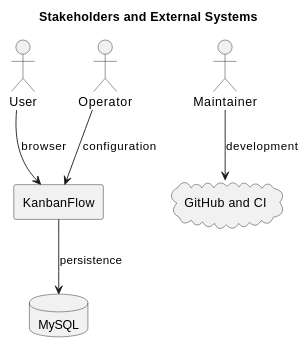
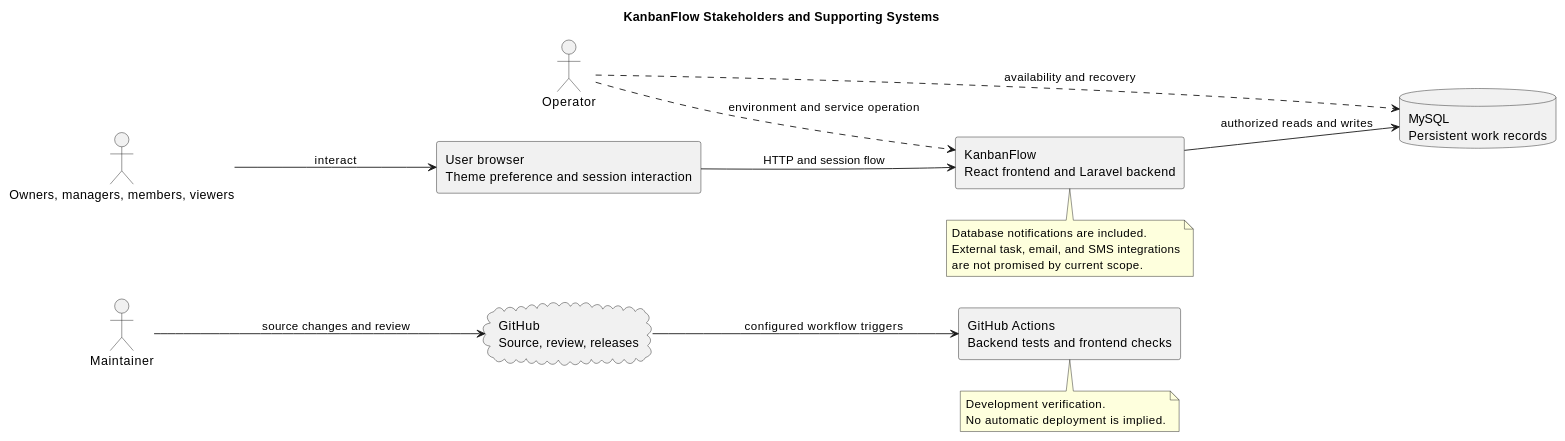
The diagram in docs/Project-Definition/stakeholders-and-external-systems.md (Farhad-Valizadegan/Web-KanbanFlow), drawn with PlantUML before and after one commit. The commit also changed other lines of this file and 2 other files, not shown here.

Commit message:
docs: complete stakeholder and external system definitions

````diff
--- a/docs/Project-Definition/stakeholders-and-external-systems.md
+++ b/docs/Project-Definition/stakeholders-and-external-systems.md
@@ -25,15 +103,30 @@
 ```plantuml
 @startuml
-title Stakeholders and External Systems
-actor User
+title KanbanFlow Stakeholders and Supporting Systems
+left to right direction
+actor "Owners, managers, members, viewers" as Users
 actor Maintainer
 actor Operator
-rectangle KanbanFlow as App
-database MySQL as DB
-cloud "GitHub and CI" as Git
-User --> App : browser
-App --> DB : persistence
-Maintainer --> Git : development
-Operator --> App : configuration
+rectangle "User browser\nTheme preference and session interaction" as Browser
+rectangle "KanbanFlow\nReact frontend and Laravel backend" as App
+database "MySQL\nPersistent work records" as Database
+cloud "GitHub\nSource, review, releases" as GitHub
+rectangle "GitHub Actions\nBackend tests and frontend checks" as CI
+Users --> Browser : interact
+Browser --> App : HTTP and session flow
+App --> Database : authorized reads and writes
+Maintainer --> GitHub : source changes and review
+GitHub --> CI : configured workflow triggers
+Operator ..> App : environment and service operation
+Operator ..> Database : availability and recovery
+note bottom of CI
+Development verification.
+No automatic deployment is implied.
+end note
+note bottom of App
+Database notifications are included.
+External task, email, and SMS integrations
+are not promised by current scope.
+end note
 @enduml
 ```
````
